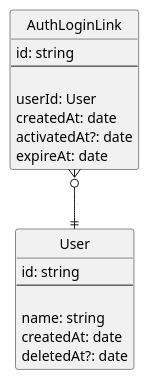
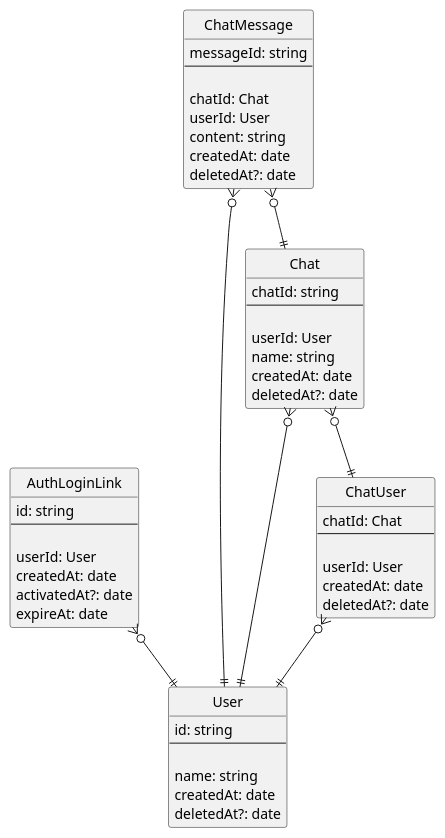
One commit to AlekseyBabich/support-chat changed the diagram in doc/domain/domain.plantuml. Above: the diagram before and after it, drawn with PlantUML.

Commit message:
feat: add chat in domain model

```diff
--- a/doc/domain/domain.plantuml
+++ b/doc/domain/domain.plantuml
@@ -1,28 +1,63 @@
 @startuml
 
 ' hide "E" circle
 hide circle
 
 ' straight arrows
 ' skinparam linetype ortho
 entity User {
   id: string
   --
 
   name: string
   createdAt: date
   deletedAt?: date
 }
 
 entity AuthLoginLink {
   id: string
   --
 
   userId: User
   createdAt: date
   activatedAt?: date
   expireAt: date
 }
 AuthLoginLink }o--|| User
 
+entity Chat {
+  chatId: string
+  --
+
+  userId: User
+  name: string
+  createdAt: date
+  deletedAt?: date
+}
+Chat }o--|| User
+
+entity ChatUser {
+  chatId: Chat
+  --
+
+  userId: User
+  createdAt: date
+  deletedAt?: date
+}
+ChatUser }o--|| User
+Chat }o--|| ChatUser
+
+entity ChatMessage {
+  messageId: string
+  --
+
+  chatId: Chat
+  userId: User
+  content: string
+  createdAt: date
+  deletedAt?: date
+}
+ChatMessage }o--|| User
+ChatMessage }o--|| Chat
+
 @enduml
```
